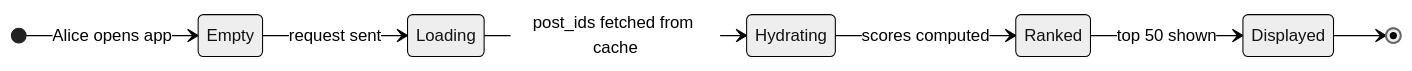
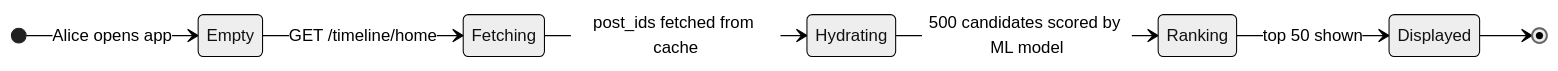
One commit to shiningflash/system-design changed the first of 11 diagrams in problems/002-news-feed/question.md. Above: the diagram before and after it, drawn with Mermaid (neutral theme). The commit also changed other lines of this file and 37 other files, not shown here.

````diff
--- a/problems/002-news-feed/question.md
+++ b/problems/002-news-feed/question.md
@@ -35,10 +32,10 @@
 ```mermaid
 stateDiagram-v2
     direction LR
     [*] --> Empty: Alice opens app
-    Empty --> Loading: request sent
-    Loading --> Hydrating: post_ids fetched from cache
-    Hydrating --> Ranked: scores computed
-    Ranked --> Displayed: top 50 shown
+    Empty --> Fetching: GET /timeline/home
+    Fetching --> Hydrating: post_ids fetched from cache
+    Hydrating --> Ranking: 500 candidates scored by ML model
+    Ranking --> Displayed: top 50 shown
     Displayed --> [*]
 ```
````
